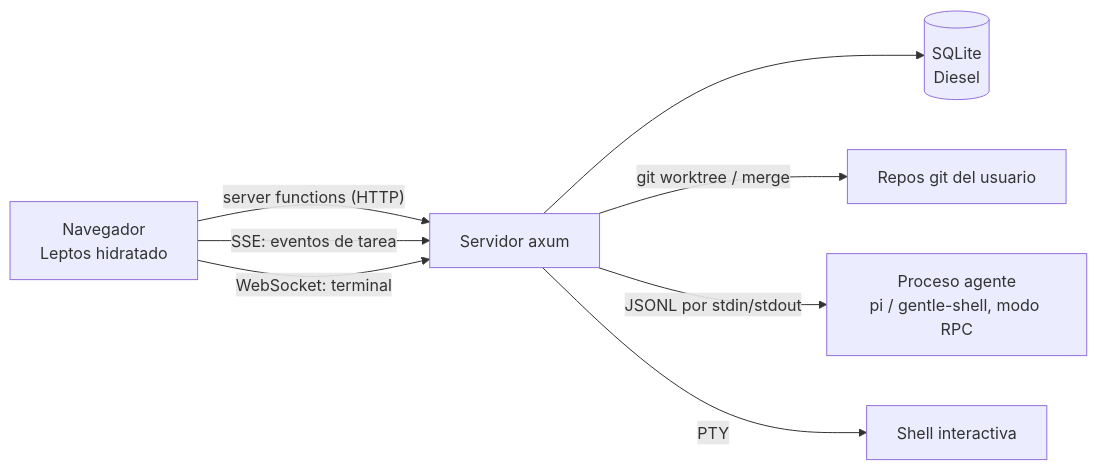
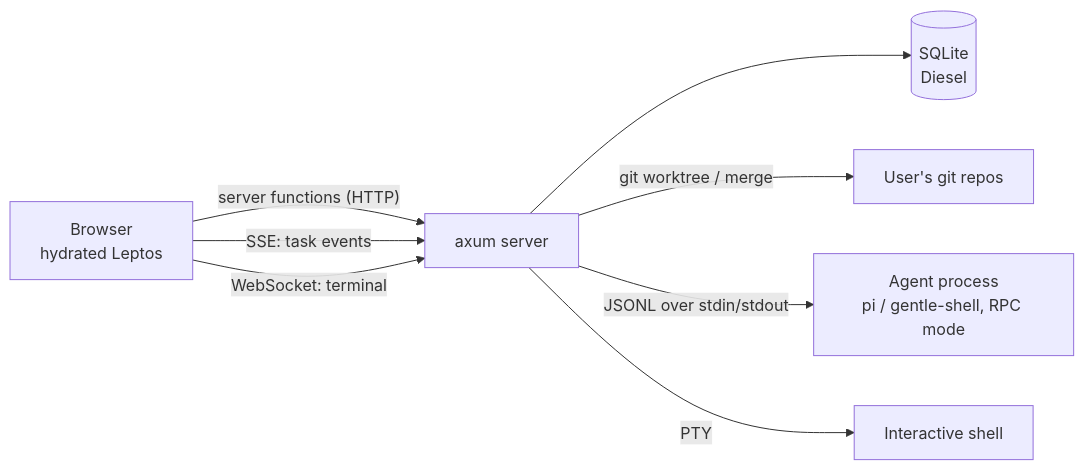
The first of 12 diagrams in ARCHITECTURE.md (plopezm/iworkflow), drawn with Mermaid before and after one commit. The commit also changed other lines of this file and 5 other files, not shown here.

````diff
--- a/ARCHITECTURE.md
+++ b/ARCHITECTURE.md
@@ -28,10 +30,10 @@
 ```mermaid
 flowchart LR
-    U[Navegador<br/>Leptos hidratado] -- "server functions (HTTP)" --> S[Servidor axum]
-    U -- "SSE: eventos de tarea" --> S
+    U[Browser<br/>hydrated Leptos] -- "server functions (HTTP)" --> S[axum server]
+    U -- "SSE: task events" --> S
     U -- "WebSocket: terminal" --> S
     S --> DB[(SQLite<br/>Diesel)]
-    S -- "git worktree / merge" --> G[Repos git del usuario]
-    S -- "JSONL por stdin/stdout" --> A[Proceso agente<br/>pi / gentle-shell, modo RPC]
-    S -- "PTY" --> T[Shell interactiva]
+    S -- "git worktree / merge" --> G[User's git repos]
+    S -- "JSONL over stdin/stdout" --> A[Agent process<br/>pi / gentle-shell, RPC mode]
+    S -- "PTY" --> T[Interactive shell]
 ```
````
